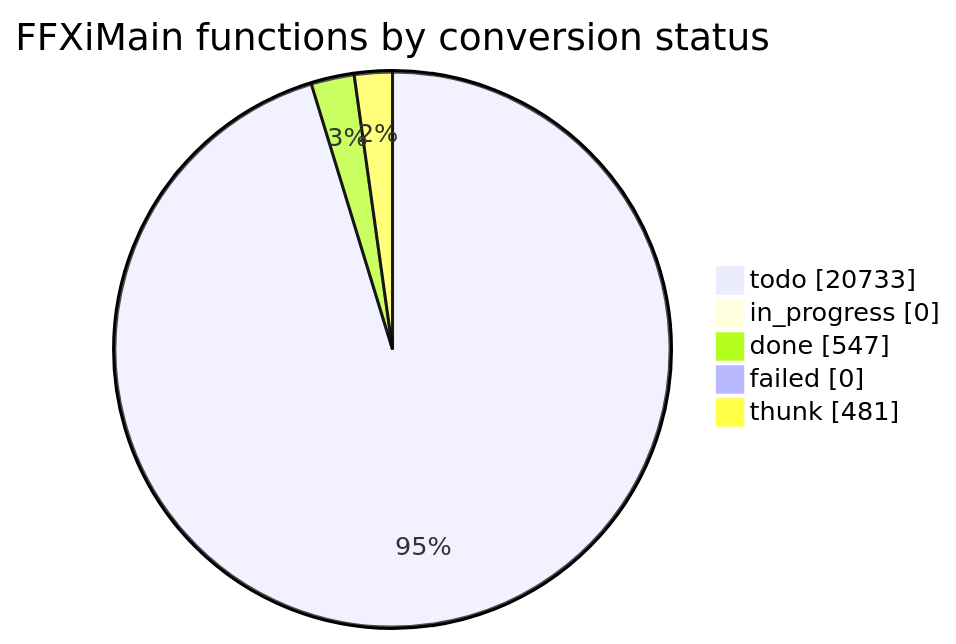
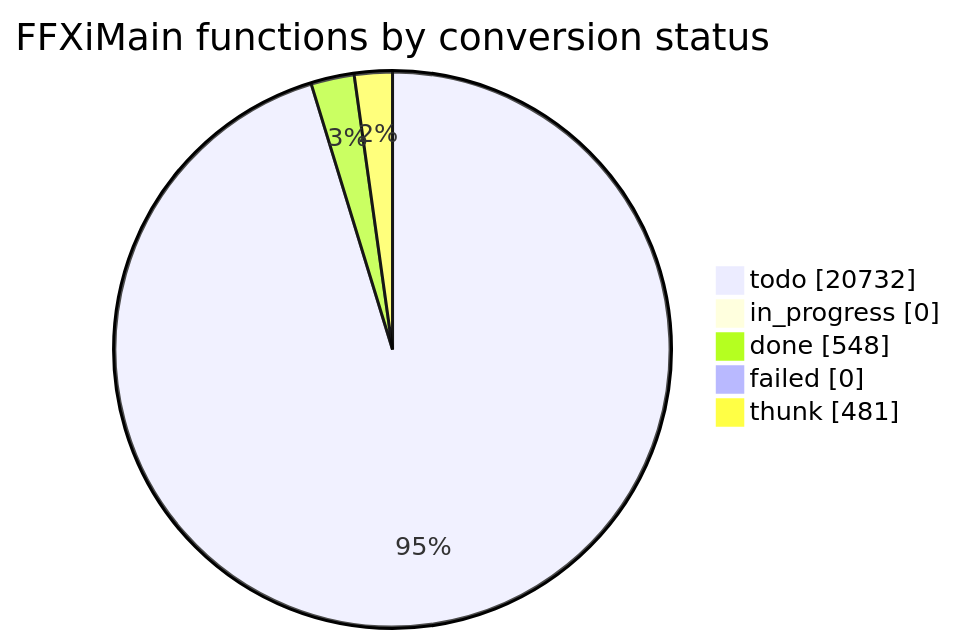
Before and after one commit to cowrevenge/cow_kuluu_xi_anything: the diagram in docs/cow/STATUS.md, drawn with Mermaid. The commit also changed other lines of this file and 9 other files, not shown here.

````diff
--- a/docs/cow/STATUS.md
+++ b/docs/cow/STATUS.md
@@ -18,9 +18,9 @@
 ```mermaid
 pie showData
     title FFXiMain functions by conversion status
-    "todo" : 20733
+    "todo" : 20732
     "in_progress" : 0
-    "done" : 547
+    "done" : 548
     "failed" : 0
     "thunk" : 481
 ```
````
